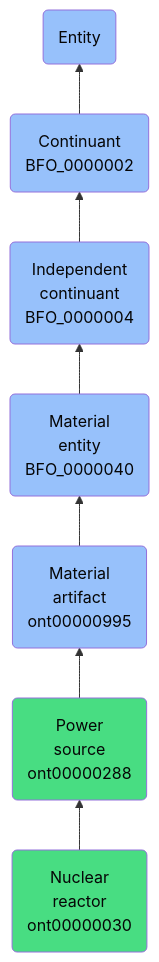
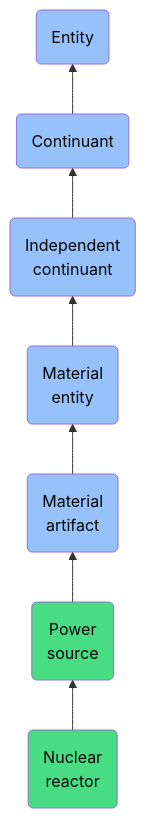
One commit to jupyter-naas/abi changed the diagram in docs/ontology/reference/model/Entity/Continuant/Independent continuant/Material entity/Material artifact/Power source/Nuclear reactor/Nuclear reactor.md. Above: the diagram before and after it, drawn with Mermaid. The commit also changed other lines of this file and 1430 other files, not shown here.

````diff
--- a/docs/ontology/reference/model/Entity/Continuant/Independent continuant/Material entity/Material artifact/Power source/Nuclear reactor/Nuclear reactor.md
+++ b/docs/ontology/reference/model/Entity/Continuant/Independent continuant/Material entity/Material artifact/Power source/Nuclear reactor/Nuclear reactor.md
@@ -24,14 +24,14 @@
 ```mermaid
 graph BT
-    ont00000030(Nuclear<br>reactor<br>ont00000030):::ABI-->ont00000288
-    ont00000288(Power<br>source<br>ont00000288):::ABI-->ont00000995
-    ont00000995(Material<br>artifact<br>ont00000995):::BFO-->BFO_0000040
-    BFO_0000040(Material<br>entity<br>BFO_0000040):::BFO-->BFO_0000004
-    BFO_0000004(Independent<br>continuant<br>BFO_0000004):::BFO-->BFO_0000002
-    BFO_0000002(Continuant<br>BFO_0000002):::BFO-->BFO_0000001
+    ont00000030(Nuclear<br>reactor):::ABI-->ont00000288
+    ont00000288(Power<br>source):::ABI-->ont00000995
+    ont00000995(Material<br>artifact):::BFO-->BFO_0000040
+    BFO_0000040(Material<br>entity):::BFO-->BFO_0000004
+    BFO_0000004(Independent<br>continuant):::BFO-->BFO_0000002
+    BFO_0000002(Continuant):::BFO-->BFO_0000001
     BFO_0000001(Entity):::BFO
     
     classDef BFO fill:#97c1fb,color:#060606
     classDef CCO fill:#e4c51e,color:#060606
     classDef ABI fill:#48DD82,color:#060606
 ```
````
